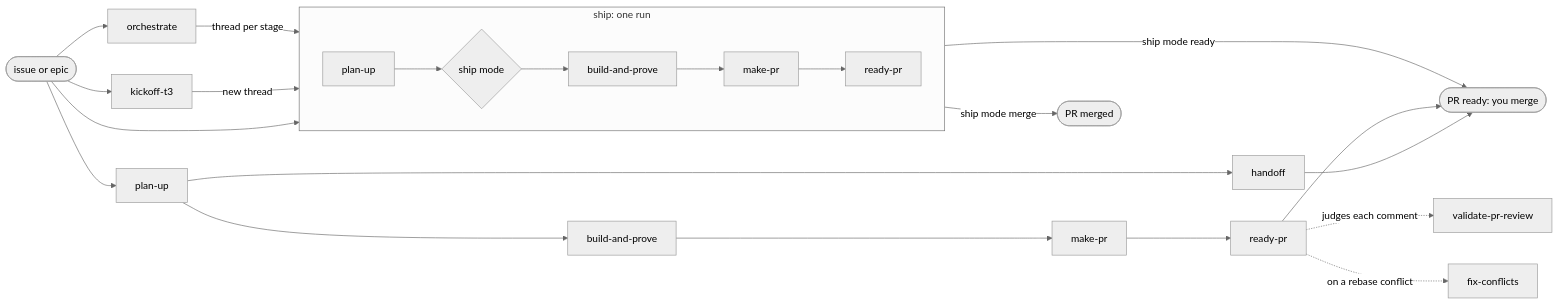
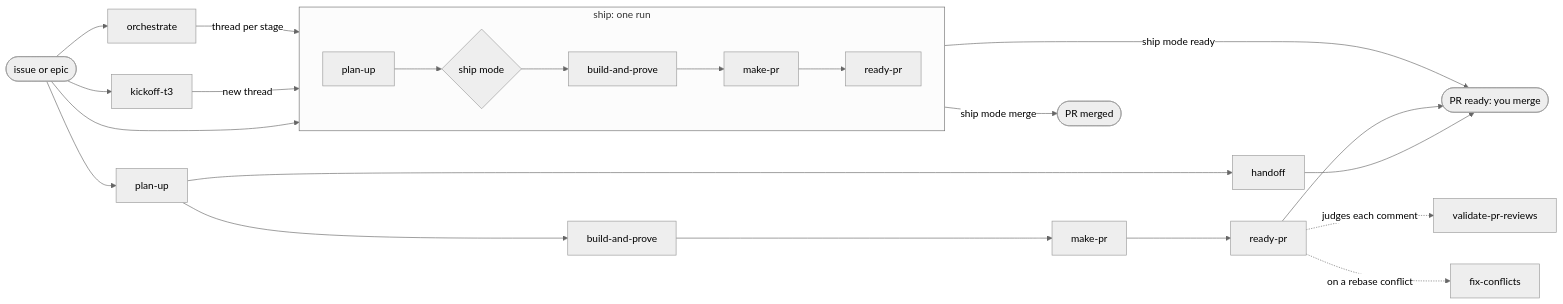
Before and after one commit to linhvu0711/skills: the second of 2 diagrams in README.md, drawn with Mermaid (neutral theme). The commit also changed other lines of this file and 13 other files, not shown here.

First line of the commit message:
refactor(validate-pr-reviews)!: rename the skill

````diff
--- a/README.md
+++ b/README.md
@@ -36,21 +36,21 @@
 ```mermaid
 flowchart LR
   ticket([issue or epic]) --> ship
   ticket --> kickofft3[kickoff-t3]
   ticket --> orchestrate[orchestrate]
   ticket --> planup[plan-up]
   kickofft3 -->|new thread| ship
   orchestrate -->|thread per stage| ship
   subgraph ship [ship: one run]
     direction LR
     sp[plan-up] --> sm2{ship mode} --> sb[build-and-prove] --> sm[make-pr] --> sr[ready-pr]
   end
   planup --> bp[build-and-prove] --> makepr[make-pr] --> readypr[ready-pr]
   planup --> ho[handoff]
   ship -->|ship mode ready| done([PR ready: you merge])
   ship -->|ship mode merge| merged([PR merged])
   ho --> done
   readypr --> done
-  readypr -.->|judges each comment| vpr[validate-pr-review]
+  readypr -.->|judges each comment| vpr[validate-pr-reviews]
   readypr -.->|on a rebase conflict| fc[fix-conflicts]
 ```
````
